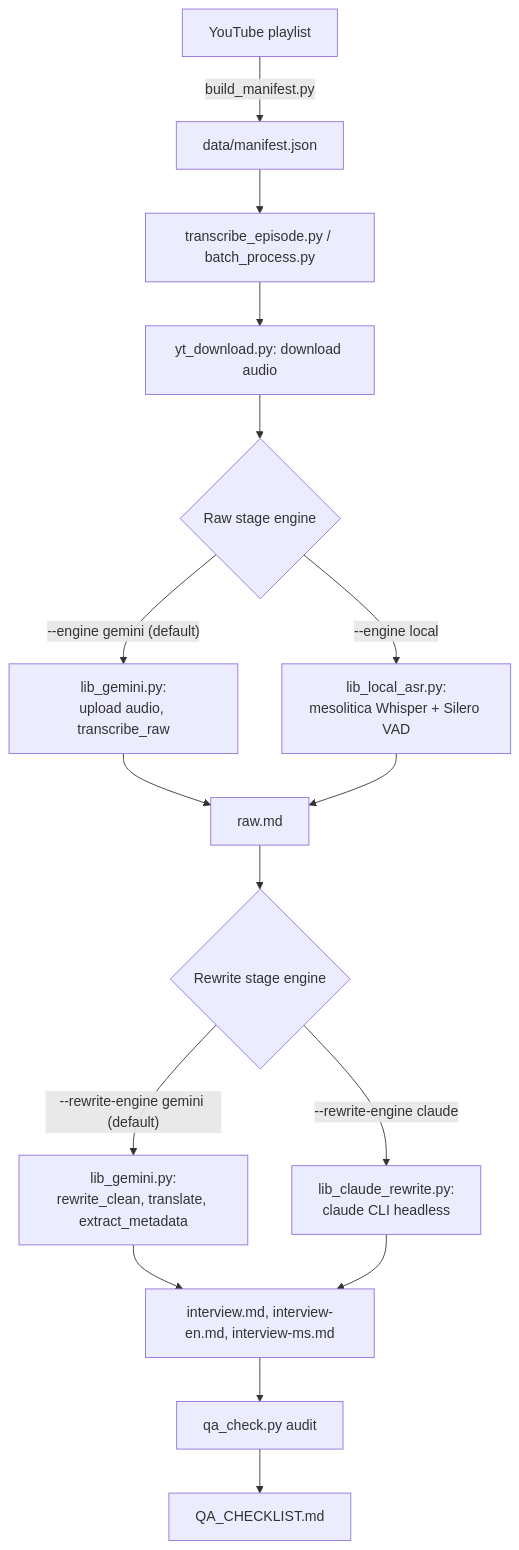
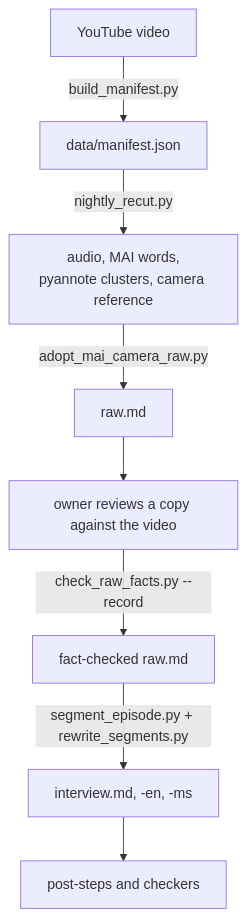
The diagram in ARCHITECTURE.md (zulbino/Yang-Bakar-Berhenti-Menteri-Podcast-Transcript), drawn with Mermaid before and after one commit. The commit also changed other lines of this file and 1 other file, not shown here.

First line of the commit message:
ARCHITECTURE: current pipeline only, 29,535 -> 1,662 words; history moved to ENGINEERING_LOG

````diff
--- a/ARCHITECTURE.md
+++ b/ARCHITECTURE.md
@@ -13,18 +9,10 @@
 ```mermaid
 flowchart TD
-    A[YouTube playlist] -->|build_manifest.py| B[data/manifest.json]
-    B --> C[transcribe_episode.py / batch_process.py]
-    C --> D[yt_download.py: download audio]
-    D --> E{Raw stage engine}
-    E -->|"--engine gemini (default)"| F["lib_gemini.py:<br/>upload audio, transcribe_raw"]
-    E -->|--engine local| G["lib_local_asr.py:<br/>mesolitica Whisper + Silero VAD"]
-    F --> H[raw.md]
-    G --> H
-    H --> I{Rewrite stage engine}
-    I -->|"--rewrite-engine gemini (default)"| J["lib_gemini.py:<br/>rewrite_clean, translate, extract_metadata"]
-    I -->|--rewrite-engine claude| K["lib_claude_rewrite.py:<br/>claude CLI headless"]
-    J --> L[interview.md, interview-en.md, interview-ms.md]
-    K --> L
-    L --> M[qa_check.py audit]
-    M --> N[QA_CHECKLIST.md]
+    A[YouTube video] -->|build_manifest.py| B[data/manifest.json]
+    B -->|nightly_recut.py| C["audio, MAI words,<br/>pyannote clusters, camera reference"]
+    C -->|adopt_mai_camera_raw.py| D[raw.md]
+    D --> E[owner reviews a copy against the video]
+    E -->|check_raw_facts.py --record| F[fact-checked raw.md]
+    F -->|segment_episode.py + rewrite_segments.py| G[interview.md, -en, -ms]
+    G --> H[post-steps and checkers]
 ```
````
